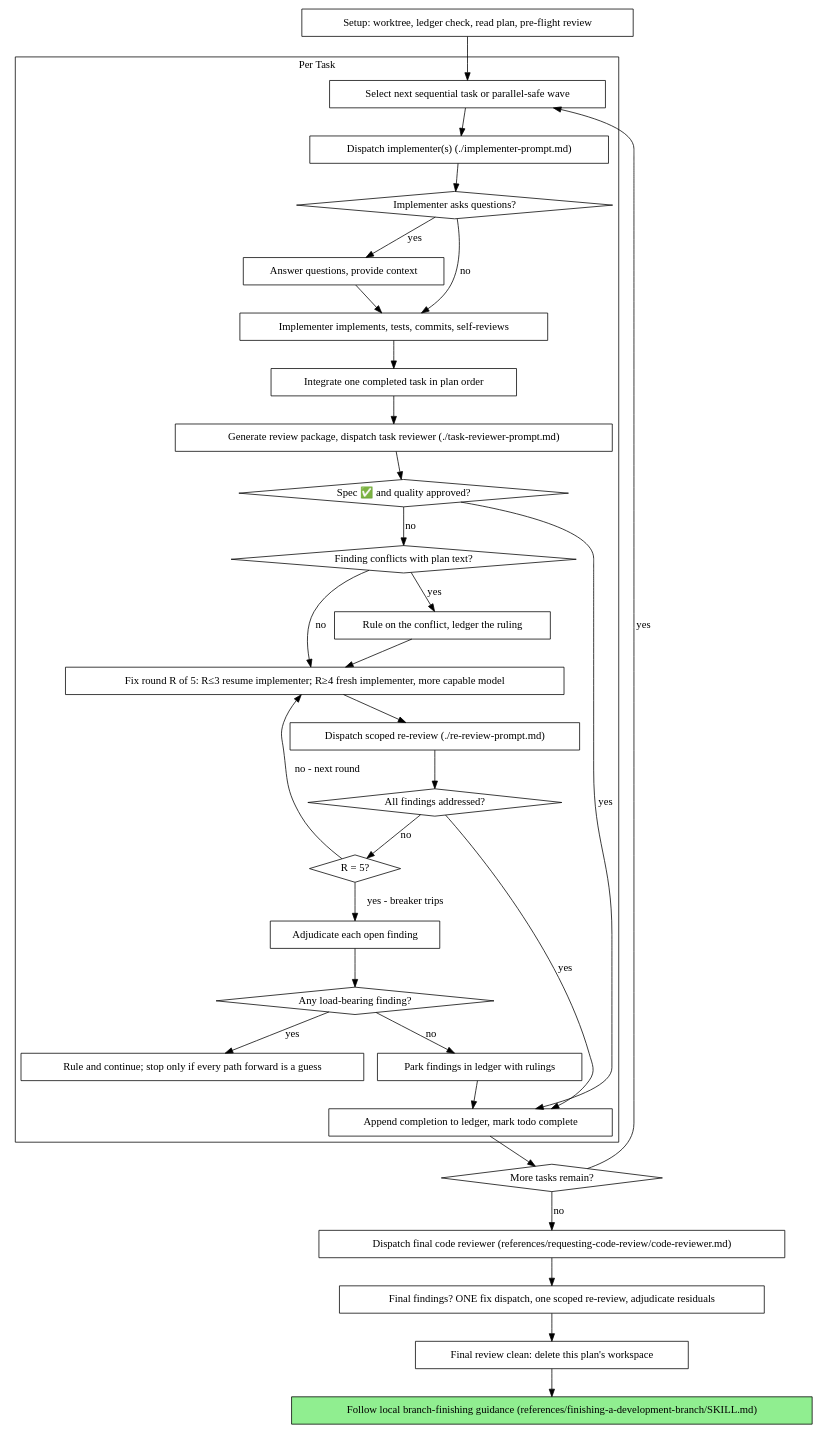
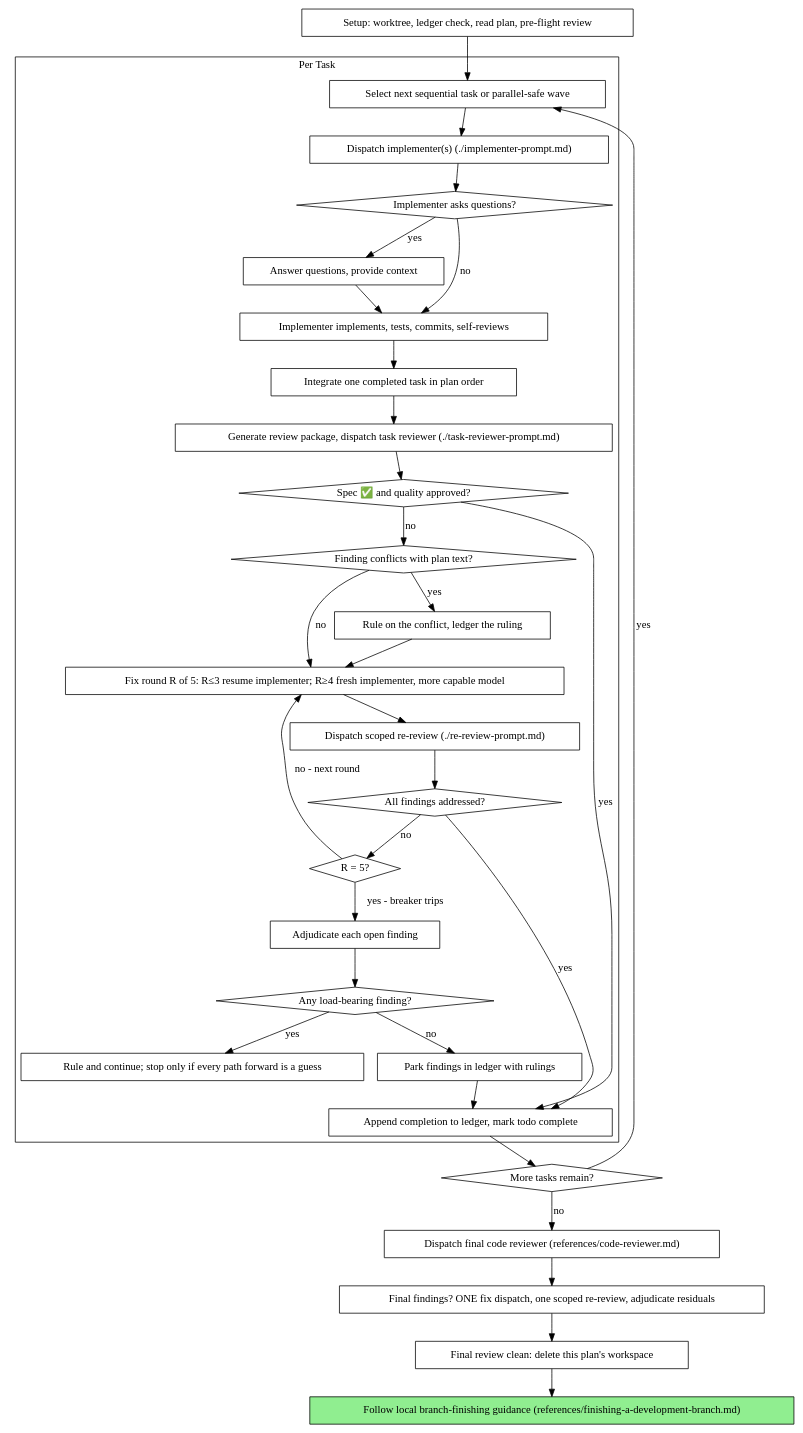
Before and after one commit to gugacarbo/agents-skills: the second of 2 diagrams in skills/orchestrate-implementation/SKILL.md, drawn with Graphviz. The commit also changed other lines of this file and 4 other files, not shown here.

````diff
--- a/skills/orchestrate-implementation/SKILL.md
+++ b/skills/orchestrate-implementation/SKILL.md
@@ -62,66 +67,66 @@
 ```dot
 digraph process {
     rankdir=TB;
 
     subgraph cluster_per_task {
         label="Per Task";
         "Select next sequential task or parallel-safe wave" [shape=box];
         "Dispatch implementer(s) (./implementer-prompt.md)" [shape=box];
         "Integrate one completed task in plan order" [shape=box];
         "Implementer asks questions?" [shape=diamond];
         "Answer questions, provide context" [shape=box];
         "Implementer implements, tests, commits, self-reviews" [shape=box];
         "Generate review package, dispatch task reviewer (./task-reviewer-prompt.md)" [shape=box];
         "Spec ✅ and quality approved?" [shape=diamond];
         "Finding conflicts with plan text?" [shape=diamond];
         "Rule on the conflict, ledger the ruling" [shape=box];
         "Fix round R of 5: R≤3 resume implementer; R≥4 fresh implementer, more capable model" [shape=box];
         "Dispatch scoped re-review (./re-review-prompt.md)" [shape=box];
         "All findings addressed?" [shape=diamond];
         "R = 5?" [shape=diamond];
         "Adjudicate each open finding" [shape=box];
         "Any load-bearing finding?" [shape=diamond];
         "Rule and continue; stop only if every path forward is a guess" [shape=box];
         "Park findings in ledger with rulings" [shape=box];
         "Append completion to ledger, mark todo complete" [shape=box];
     }
 
     "Setup: worktree, ledger check, read plan, pre-flight review" [shape=box];
     "More tasks remain?" [shape=diamond];
-    "Dispatch final code reviewer (references/requesting-code-review/code-reviewer.md)" [shape=box];
+    "Dispatch final code reviewer (references/code-reviewer.md)" [shape=box];
     "Final findings? ONE fix dispatch, one scoped re-review, adjudicate residuals" [shape=box];
     "Final review clean: delete this plan's workspace" [shape=box];
-    "Follow local branch-finishing guidance (references/finishing-a-development-branch/SKILL.md)" [shape=box style=filled fillcolor=lightgreen];
+    "Follow local branch-finishing guidance (references/finishing-a-development-branch.md)" [shape=box style=filled fillcolor=lightgreen];
 
     "Setup: worktree, ledger check, read plan, pre-flight review" -> "Select next sequential task or parallel-safe wave";
     "Select next sequential task or parallel-safe wave" -> "Dispatch implementer(s) (./implementer-prompt.md)";
     "Dispatch implementer(s) (./implementer-prompt.md)" -> "Implementer asks questions?";
     "Implementer asks questions?" -> "Answer questions, provide context" [label="yes"];
     "Answer questions, provide context" -> "Implementer implements, tests, commits, self-reviews";
     "Implementer asks questions?" -> "Implementer implements, tests, commits, self-reviews" [label="no"];
     "Implementer implements, tests, commits, self-reviews" -> "Integrate one completed task in plan order";
     "Integrate one completed task in plan order" -> "Generate review package, dispatch task reviewer (./task-reviewer-prompt.md)";
     "Generate review package, dispatch task reviewer (./task-reviewer-prompt.md)" -> "Spec ✅ and quality approved?";
     "Spec ✅ and quality approved?" -> "Append completion to ledger, mark todo complete" [label="yes"];
     "Spec ✅ and quality approved?" -> "Finding conflicts with plan text?" [label="no"];
     "Finding conflicts with plan text?" -> "Rule on the conflict, ledger the ruling" [label="yes"];
     "Rule on the conflict, ledger the ruling" -> "Fix round R of 5: R≤3 resume implementer; R≥4 fresh implementer, more capable model";
     "Finding conflicts with plan text?" -> "Fix round R of 5: R≤3 resume implementer; R≥4 fresh implementer, more capable model" [label="no"];
     "Fix round R of 5: R≤3 resume implementer; R≥4 fresh implementer, more capable model" -> "Dispatch scoped re-review (./re-review-prompt.md)";
     "Dispatch scoped re-review (./re-review-prompt.md)" -> "All findings addressed?";
     "All findings addressed?" -> "Append completion to ledger, mark todo complete" [label="yes"];
     "All findings addressed?" -> "R = 5?" [label="no"];
     "R = 5?" -> "Fix round R of 5: R≤3 resume implementer; R≥4 fresh implementer, more capable model" [label="no - next round"];
     "R = 5?" -> "Adjudicate each open finding" [label="yes - breaker trips"];
     "Adjudicate each open finding" -> "Any load-bearing finding?";
     "Any load-bearing finding?" -> "Rule and continue; stop only if every path forward is a guess" [label="yes"];
     "Any load-bearing finding?" -> "Park findings in ledger with rulings" [label="no"];
     "Park findings in ledger with rulings" -> "Append completion to ledger, mark todo complete";
     "Append completion to ledger, mark todo complete" -> "More tasks remain?";
     "More tasks remain?" -> "Select next sequential task or parallel-safe wave" [label="yes"];
-    "More tasks remain?" -> "Dispatch final code reviewer (references/requesting-code-review/code-reviewer.md)" [label="no"];
-    "Dispatch final code reviewer (references/requesting-code-review/code-reviewer.md)" -> "Final findings? ONE fix dispatch, one scoped re-review, adjudicate residuals";
+    "More tasks remain?" -> "Dispatch final code reviewer (references/code-reviewer.md)" [label="no"];
+    "Dispatch final code reviewer (references/code-reviewer.md)" -> "Final findings? ONE fix dispatch, one scoped re-review, adjudicate residuals";
     "Final findings? ONE fix dispatch, one scoped re-review, adjudicate residuals" -> "Final review clean: delete this plan's workspace";
-    "Final review clean: delete this plan's workspace" -> "Follow local branch-finishing guidance (references/finishing-a-development-branch/SKILL.md)";
+    "Final review clean: delete this plan's workspace" -> "Follow local branch-finishing guidance (references/finishing-a-development-branch.md)";
 }
 ```
````
